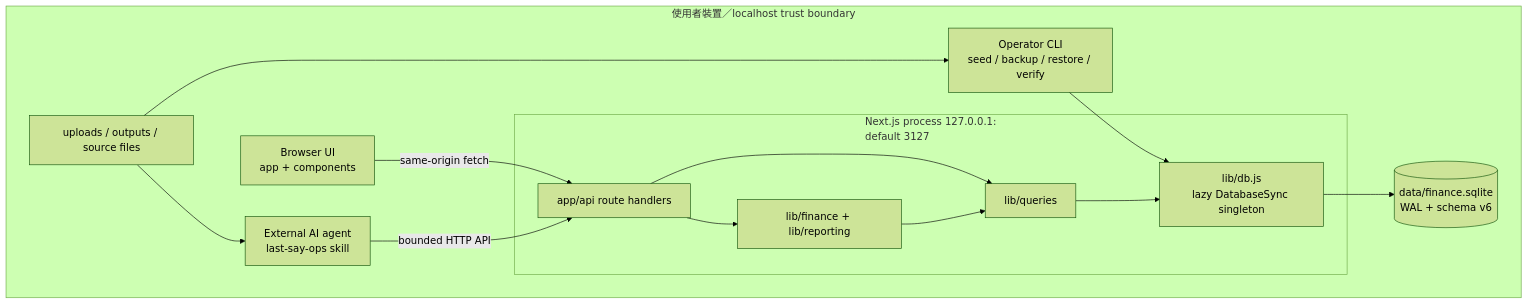
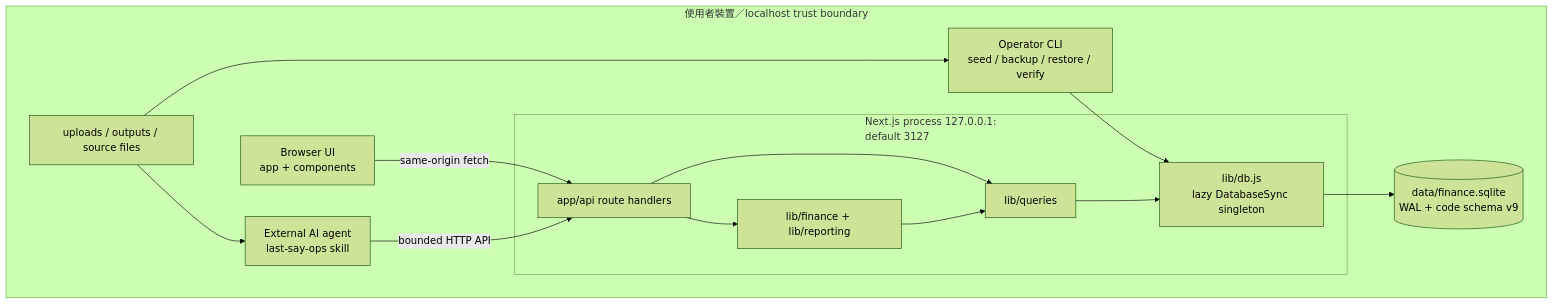
The first of 2 diagrams in docs/architecture/ARCHITECTURE.md (cablate/last-say), drawn with Mermaid (forest theme) before and after one commit. The commit also changed other lines of this file and 115 other files, not shown here.

````diff
--- a/docs/architecture/ARCHITECTURE.md
+++ b/docs/architecture/ARCHITECTURE.md
@@ -11,27 +11,27 @@
 ```mermaid
 flowchart TB
     subgraph Device["使用者裝置／localhost trust boundary"]
         Browser["Browser UI\napp + components"]
         Agent["External AI agent\nlast-say-ops skill"]
         CLI["Operator CLI\nseed / backup / restore / verify"]
         subgraph Process["Next.js process 127.0.0.1:<PORT>\ndefault 3127"]
             Routes["app/api route handlers"]
             Domain["lib/finance + lib/reporting"]
             Queries["lib/queries"]
             DBFacade["lib/db.js\nlazy DatabaseSync singleton"]
         end
-        SQLite[("data/finance.sqlite\nWAL + schema v6")]
+        SQLite[("data/finance.sqlite\nWAL + code schema v9")]
         PrivateFiles["uploads / outputs / source files"]
     end
 
     Browser -->|same-origin fetch| Routes
     Agent -->|bounded HTTP API| Routes
     CLI --> DBFacade
     PrivateFiles --> Agent
     PrivateFiles --> CLI
     Routes --> Domain
     Routes --> Queries
     Domain --> Queries
     Queries --> DBFacade
     DBFacade --> SQLite
 ```
````
